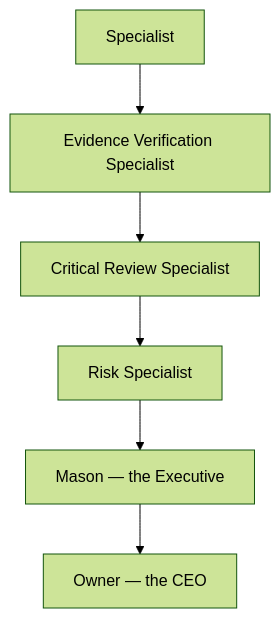
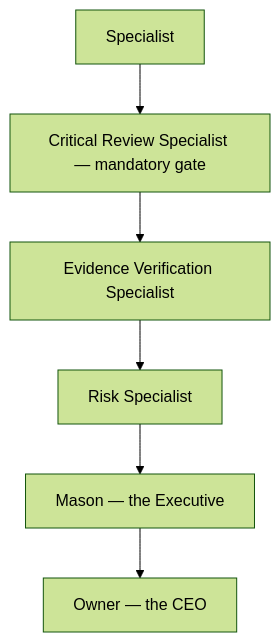
One commit to iluvyrmom/Hurkl-platform changed the diagram in docs/business-intelligence/HAL_SPECIALIST_WORKFORCE.md. Above: the diagram before and after it, drawn with Mermaid (forest theme). The commit also changed other lines of this file and 4 other files, not shown here.

````diff
--- a/docs/business-intelligence/HAL_SPECIALIST_WORKFORCE.md
+++ b/docs/business-intelligence/HAL_SPECIALIST_WORKFORCE.md
@@ -52,8 +52,8 @@
 ```mermaid
 flowchart TD
-    S[Specialist] --> EV[Evidence Verification Specialist]
-    EV --> CR[Critical Review Specialist]
-    CR --> R[Risk Specialist]
+    S[Specialist] --> CR[Critical Review Specialist — mandatory gate]
+    CR --> EV[Evidence Verification Specialist]
+    EV --> R[Risk Specialist]
     R --> M[Mason — the Executive]
     M --> O[Owner — the CEO]
 ```
````
